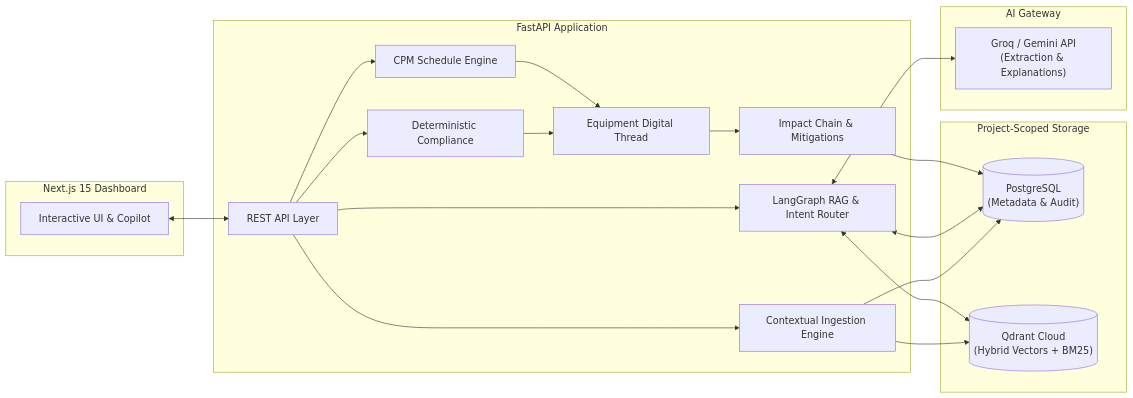
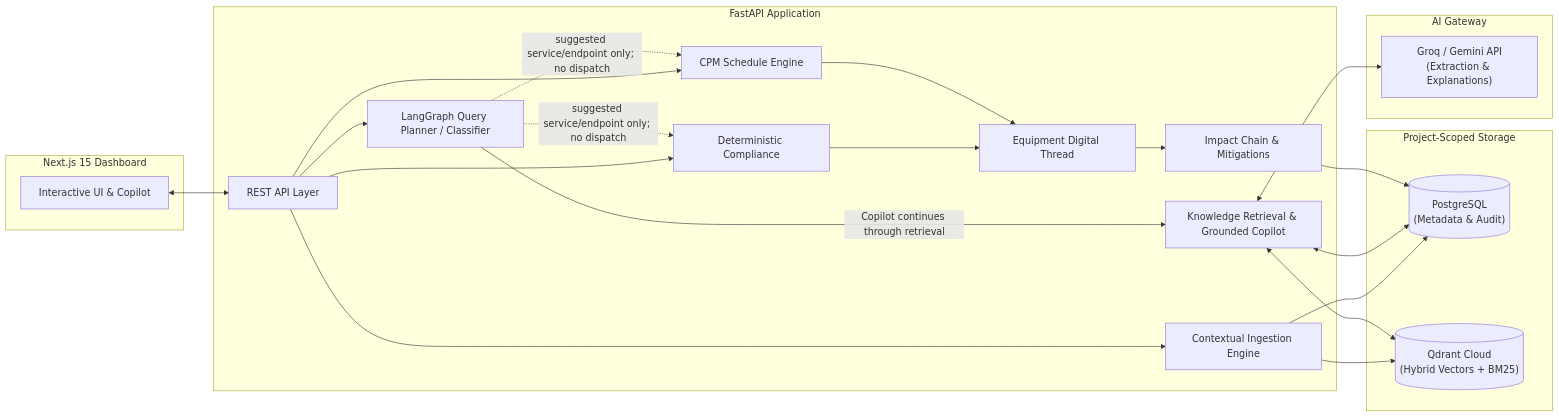
Before and after one commit to Prabhav200511/project-Atlas: the diagram in README.md, drawn with Mermaid. The commit also changed other lines of this file and 15 other files, not shown here.

````diff
--- a/README.md
+++ b/README.md
@@ -57,32 +57,35 @@
 ```mermaid
 flowchart LR
     subgraph Frontend [Next.js 15 Dashboard]
         UI["Interactive UI & Copilot"]
     end
 
     subgraph Backend [FastAPI Application]
         API["REST API Layer"]
-        RAG["LangGraph RAG & Intent Router"]
+        PLAN["LangGraph Query Planner / Classifier"]
+        RAG["Knowledge Retrieval & Grounded Copilot"]
         ING["Contextual Ingestion Engine"]
         COMP["Deterministic Compliance"]
         SCH["CPM Schedule Engine"]
         THREAD["Equipment Digital Thread"]
         IMPACT["Impact Chain & Mitigations"]
     end
 
     subgraph Storage [Project-Scoped Storage]
         DB[("PostgreSQL\n(Metadata & Audit)")]
         Q[("Qdrant Cloud\n(Hybrid Vectors + BM25)")]
     end
 
     subgraph AI [AI Gateway]
         GEM["Groq / Gemini API\n(Extraction & Explanations)"]
     end
 
     UI <--> API
-    API --> RAG & ING & COMP & SCH
+    API --> PLAN & ING & COMP & SCH
     ING --> DB & Q
+    PLAN -->|"Copilot continues through retrieval"| RAG
+    PLAN -.->|"suggested service/endpoint only; no dispatch"| COMP & SCH
     RAG <--> Q & DB
     RAG <--> GEM
     COMP & SCH --> THREAD --> IMPACT --> DB
 ```
````
